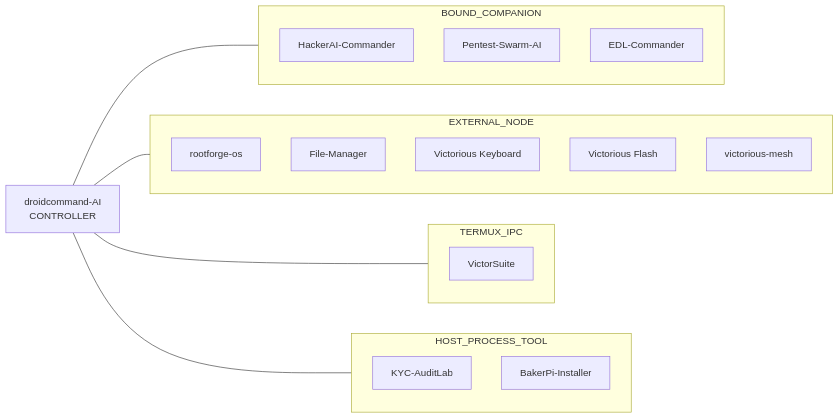
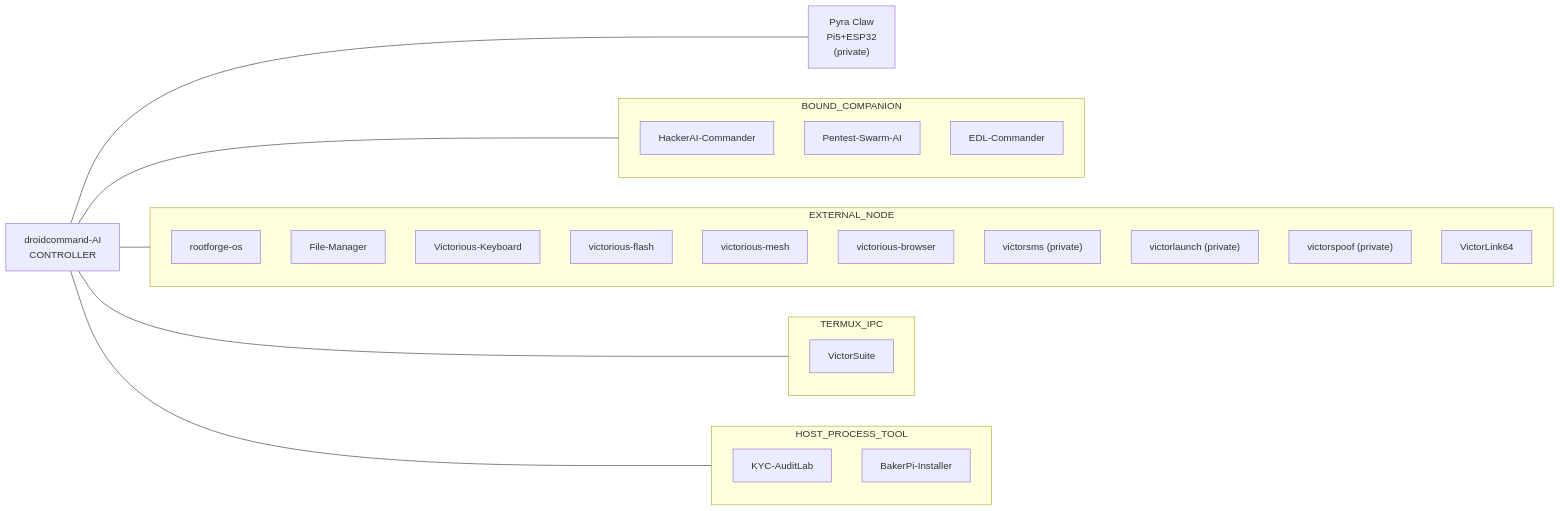
Before and after one commit to Victorious93/Victorious93: the diagram in README.md, drawn with Mermaid. The commit also changed other lines of this file and 1 other file, not shown here.

First line of the commit message:
Add Victorious Framework logo and full fleet list to profile README

````diff
--- a/README.md
+++ b/README.md
@@ -67,27 +97,33 @@
 ```mermaid
 flowchart LR
   Hub["droidcommand-AI<br/>CONTROLLER"]
   Hub --- BC
   Hub --- EN
   Hub --- TX
   Hub --- HP
+  Hub --- PHY["Pyra Claw<br/>Pi5+ESP32<br/>(private)"]
   subgraph BC["BOUND_COMPANION"]
     HAI["HackerAI-Commander"]
     PSA["Pentest-Swarm-AI"]
     EDL["EDL-Commander"]
   end
   subgraph EN["EXTERNAL_NODE"]
     RF["rootforge-os"]
     FM["File-Manager"]
-    VK["Victorious Keyboard"]
-    VF["Victorious Flash"]
+    VK["Victorious-Keyboard"]
+    VF["victorious-flash"]
     VM["victorious-mesh"]
+    VB["victorious-browser"]
+    VSMS["victorsms (private)"]
+    VLC["victorlaunch (private)"]
+    VSP["victorspoof (private)"]
+    VL64["VictorLink64"]
   end
   subgraph TX["TERMUX_IPC"]
     VS["VictorSuite"]
   end
   subgraph HP["HOST_PROCESS_TOOL"]
     KYC["KYC-AuditLab"]
     BPI["BakerPi-Installer"]
   end
 ```
````
